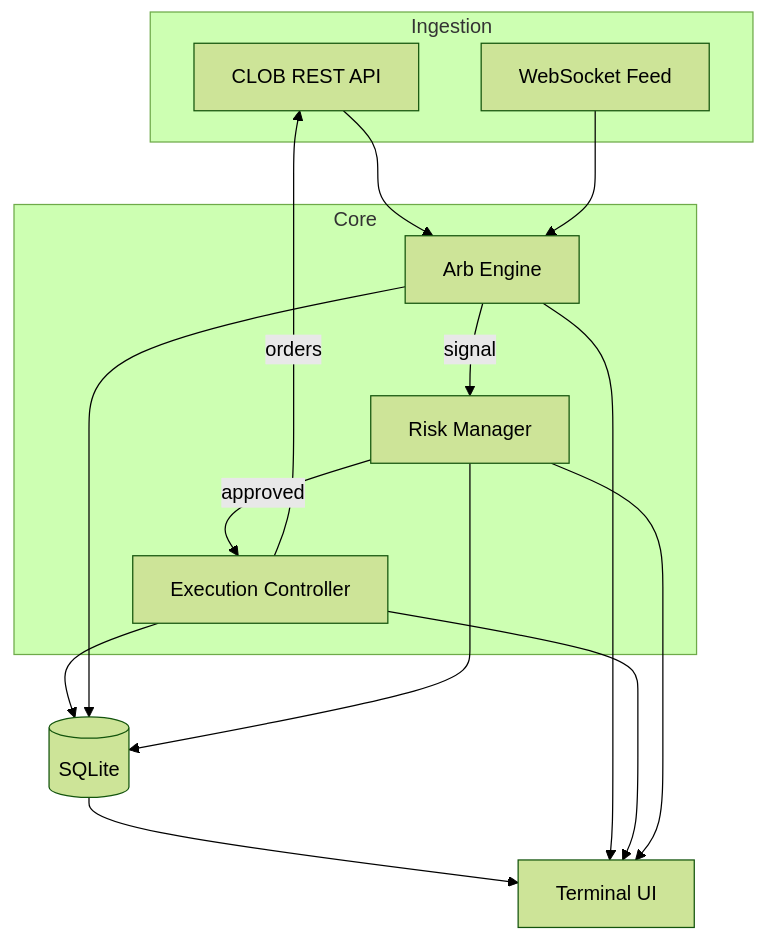
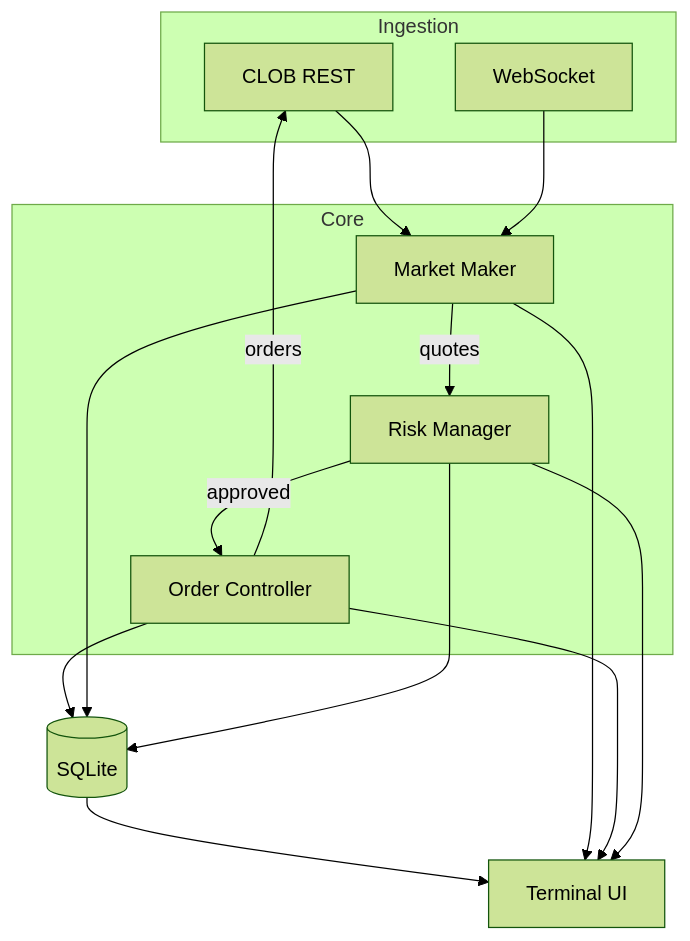
Before and after one commit to stackedlol/yuga: the second of 2 diagrams in README.md, drawn with Mermaid (forest theme). The commit also changed other lines of this file, not shown here.

````diff
--- a/README.md
+++ b/README.md
@@ -71,29 +61,29 @@
 ```mermaid
 graph TB
     subgraph Ingestion
-        CLOB[CLOB REST API]
-        WS[WebSocket Feed]
+        CLOB[CLOB REST]
+        WS[WebSocket]
     end
 
     subgraph Core
-        ARB[Arb Engine]
-        EXEC[Execution Controller]
+        MM[Market Maker]
+        EXEC[Order Controller]
         RISK[Risk Manager]
     end
 
     DB[(SQLite)]
     TUI[Terminal UI]
 
-    CLOB --> ARB
-    WS --> ARB
-    ARB -->|signal| RISK
+    CLOB --> MM
+    WS --> MM
+    MM -->|quotes| RISK
     RISK -->|approved| EXEC
     EXEC -->|orders| CLOB
     EXEC --> DB
-    ARB --> DB
+    MM --> DB
     RISK --> DB
     DB --> TUI
-    ARB --> TUI
+    MM --> TUI
     EXEC --> TUI
     RISK --> TUI
 ```
````
